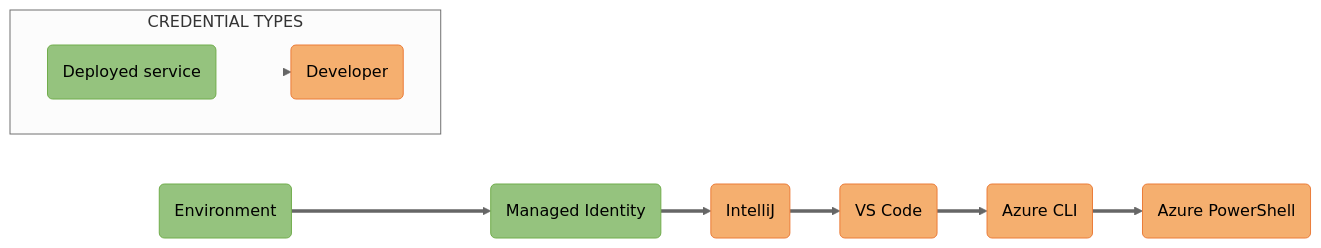
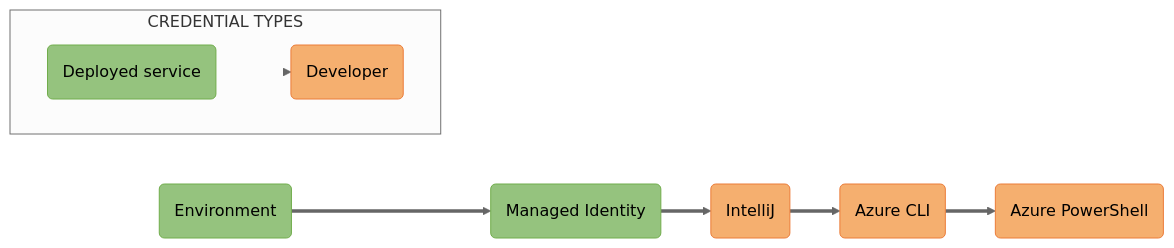
One commit to Azure/azure-sdk-for-java changed the diagram in sdk/identity/azure-identity/images/mermaidjs/DefaultAzureCredentialAuthFlow.md. Above: the diagram before and after it, drawn with Mermaid (neutral theme). The commit also changed 6 other files, not shown here.

````diff
--- a/sdk/identity/azure-identity/images/mermaidjs/DefaultAzureCredentialAuthFlow.md
+++ b/sdk/identity/azure-identity/images/mermaidjs/DefaultAzureCredentialAuthFlow.md
@@ -1,29 +1,28 @@
 ```mermaid
 %% STEPS TO GENERATE IMAGE
 %% =======================
 %% 1. Install mermaid CLI (see https://github.com/mermaid-js/mermaid-cli/blob/master/README.md)
 %% 2. Run command: mmdc -i DefaultAzureCredentialAuthFlow.md -o DefaultAzureCredentialAuthFlow.svg
 
 flowchart LR;
-    A(Environment):::deployed ==> B(Managed Identity):::deployed ==> C(IntelliJ):::developer ==> D(VS Code):::developer ==> E(Azure CLI):::developer ==> F(Azure PowerShell):::developer;
+    A(Environment):::deployed ==> B(Managed Identity):::deployed ==> C(IntelliJ):::developer ==> D(Azure CLI):::developer ==> E(Azure PowerShell):::developer;
 
     subgraph CREDENTIAL TYPES;
         direction LR;
         Deployed(Deployed service):::deployed ==> Developer(Developer):::developer;
 
         %% Hide links between boxes in the legend by setting width to 0. The integers after "linkStyle" represent link indices.
-        linkStyle 5 stroke-width:0px;
+        linkStyle 4 stroke-width:0px;
     end;
 
     %% Define styles for credential type boxes
     classDef deployed fill:#95C37E, stroke:#71AD4C;
     classDef developer fill:#F5AF6F, stroke:#EB7C39;
 
     %% Add API ref links to credential type boxes
     click A "https://docs.microsoft.com/java/api/com.azure.identity.environmentcredential?view=azure-java-stable" _blank;
     click B "https://docs.microsoft.com/java/api/com.azure.identity.managedidentitycredential?view=azure-java-stable" _blank;
     click C "https://docs.microsoft.com/java/api/com.azure.identity.intellijcredential?view=azure-java-stable" _blank;
-    click D "https://docs.microsoft.com/java/api/com.azure.identity.visualstudiocodecredential?view=azure-java-stable" _blank;
     click E "https://docs.microsoft.com/java/api/com.azure.identity.azureclicredential?view=azure-java-stable" _blank;
     click F "https://docs.microsoft.com/java/api/com.azure.identity.azurepowershellcredential?view=azure-java-stable" _blank;
 ```
````
